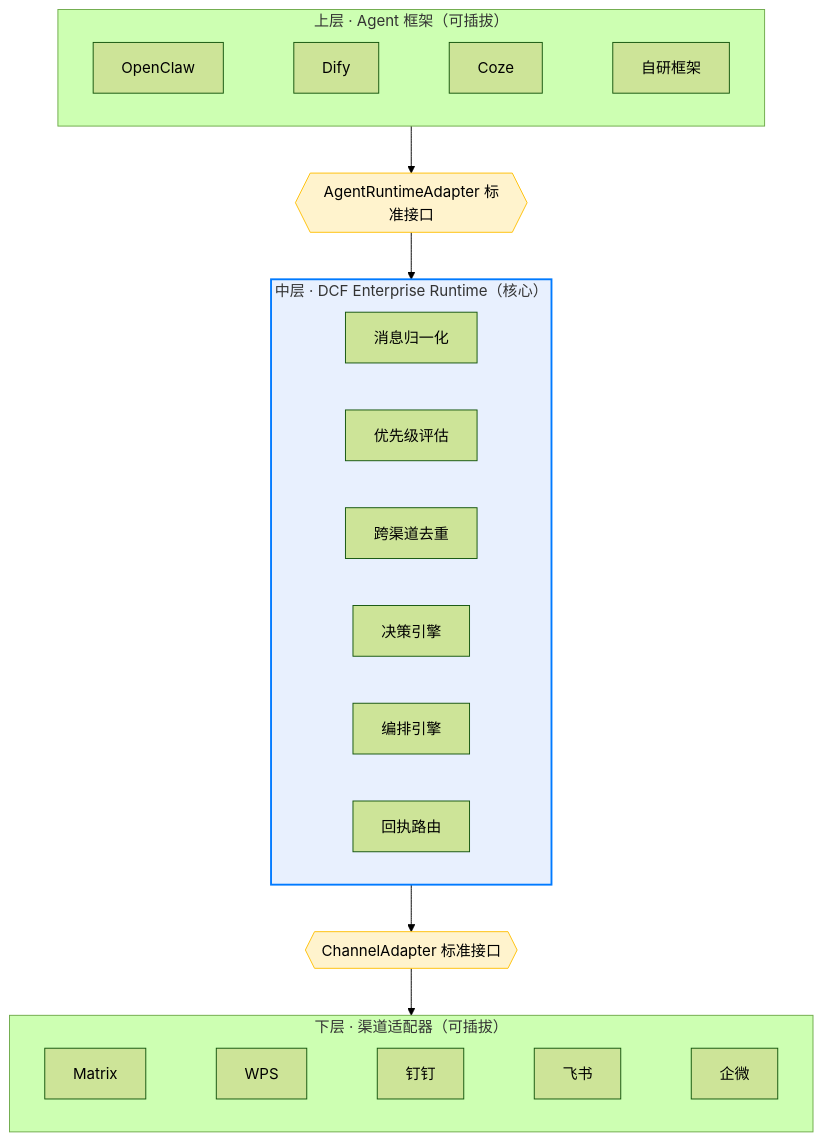
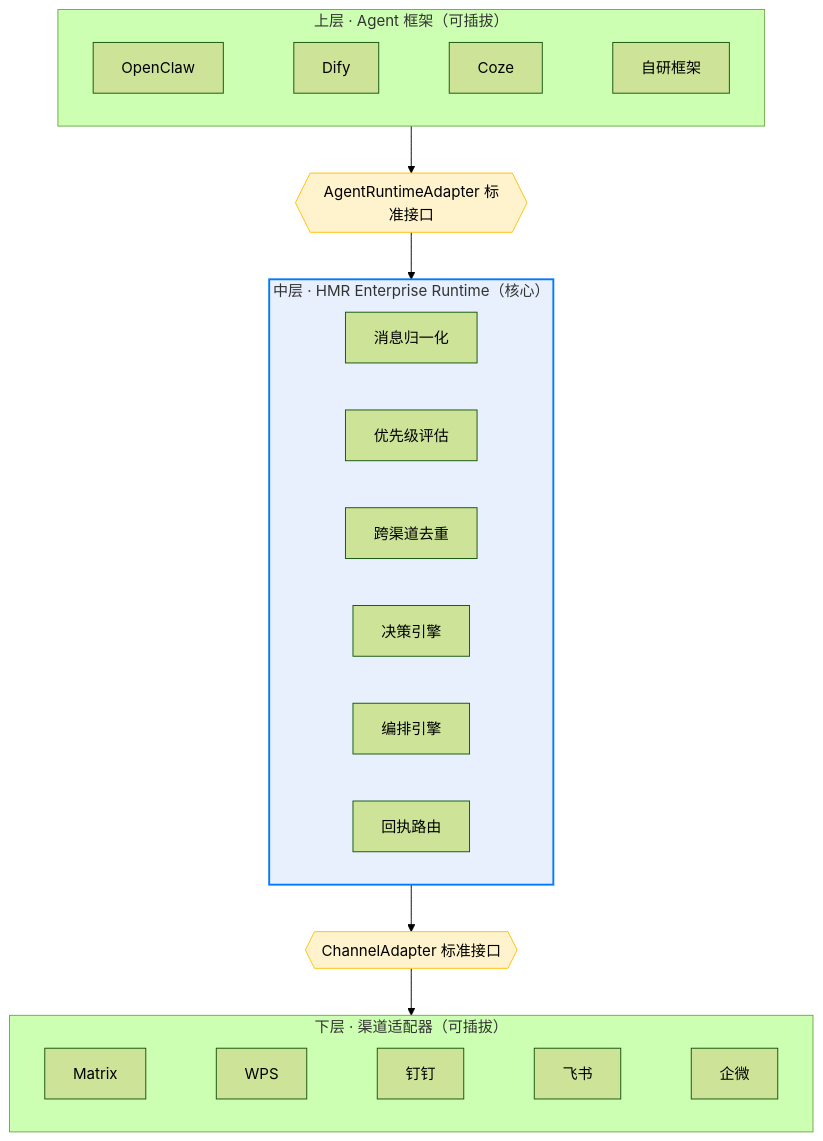
The first of 3 diagrams in README.md (zqshi/Human-machine-runtime), drawn with Mermaid (forest theme) before and after one commit. The commit also changed other lines of this file and 320 other files, not shown here.

````diff
--- a/README.md
+++ b/README.md
@@ -31,29 +31,29 @@
 ```mermaid
 graph TB
   subgraph Upper["上层 · Agent 框架（可插拔）"]
     OC["OpenClaw"] ~~~ Dify ~~~ Coze ~~~ Custom["自研框架"]
   end
 
   ARA{{"AgentRuntimeAdapter 标准接口"}}
 
-  subgraph Core["中层 · DCF Enterprise Runtime（核心）"]
+  subgraph Core["中层 · HMR Enterprise Runtime（核心）"]
     MsgNorm["消息归一化"]
     Priority["优先级评估"]
     Dedup["跨渠道去重"]
     Decision["决策引擎"]
     Orchestrate["编排引擎"]
     Receipt["回执路由"]
   end
 
   CA{{"ChannelAdapter 标准接口"}}
 
   subgraph Lower["下层 · 渠道适配器（可插拔）"]
     Matrix ~~~ WPS["WPS"] ~~~ DingTalk["钉钉"] ~~~ Feishu["飞书"] ~~~ WeCom["企微"]
   end
 
   Upper --> ARA --> Core --> CA --> Lower
 
   style Core fill:#e8f0fe,stroke:#007AFF,stroke-width:2px
   style ARA fill:#fff3cd,stroke:#ffc107
   style CA fill:#fff3cd,stroke:#ffc107
 ```
````
